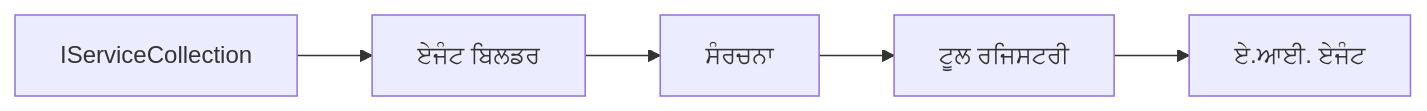
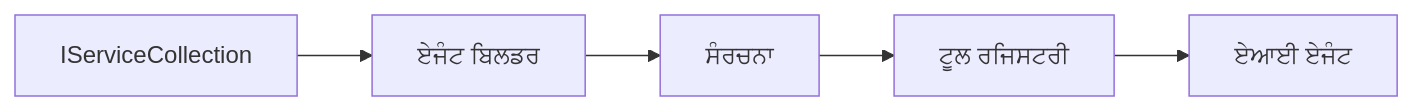
Before and after one commit to venturemavenwill/azureaifundamentals: the diagram in translations/pa/03-agentic-design-patterns/code_samples/03-dotnet-agent-framework.md, drawn with Mermaid. The commit also changed other lines of this file and 77 other files, not shown here.

````diff
--- a/translations/pa/03-agentic-design-patterns/code_samples/03-dotnet-agent-framework.md
+++ b/translations/pa/03-agentic-design-patterns/code_samples/03-dotnet-agent-framework.md
@@ -41,7 +41,7 @@
 ```mermaid
 graph LR
     A[IServiceCollection] --> B[ਏਜੰਟ ਬਿਲਡਰ]
     B --> C[ਸੰਰਚਨਾ]
     C --> D[ਟੂਲ ਰਜਿਸਟਰੀ]
-    D --> E[ਏ.ਆਈ. ਏਜੰਟ]
+    D --> E[ਏਆਈ ਏਜੰਟ]
 ```
````
